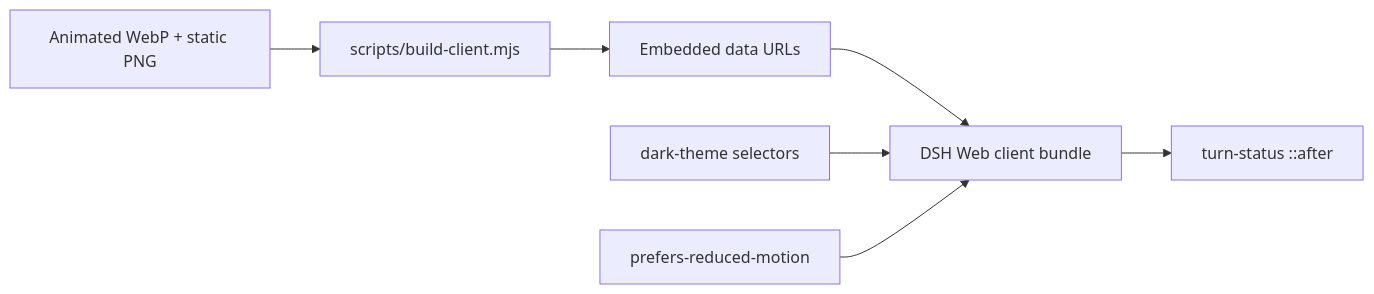
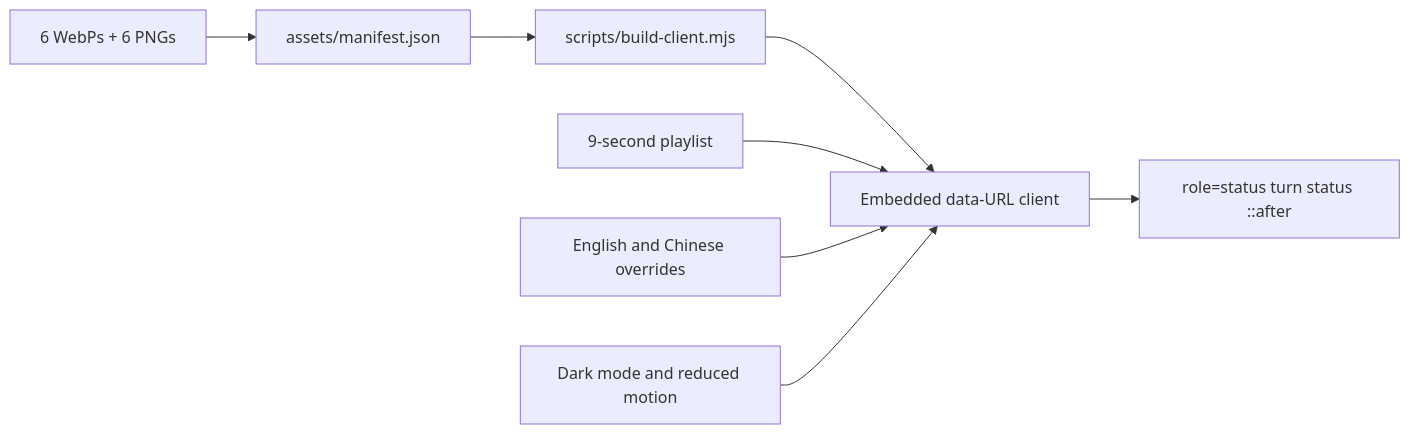
Before and after one commit to LeemanCheung/dsh-whale-animation: the diagram in README.md, drawn with Mermaid. The commit also changed other lines of this file and 19 other files, not shown here.

````diff
--- a/README.md
+++ b/README.md
@@ -104,9 +110,10 @@
 ```mermaid
 flowchart LR
-  A[Animated WebP + static PNG] --> B[scripts/build-client.mjs]
-  B --> C[Embedded data URLs]
-  C --> D[DSH Web client bundle]
-  D --> E[turn-status ::after]
-  F[dark-theme selectors] --> D
-  G[prefers-reduced-motion] --> D
+  A[6 WebPs + 6 PNGs] --> B[assets/manifest.json]
+  B --> C[scripts/build-client.mjs]
+  C --> D[Embedded data-URL client]
+  D --> E[role=status turn status ::after]
+  F[9-second playlist] --> D
+  G[English and Chinese overrides] --> D
+  H[Dark mode and reduced motion] --> D
 ```
````
